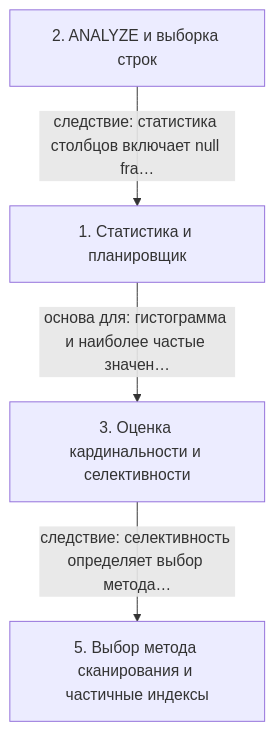
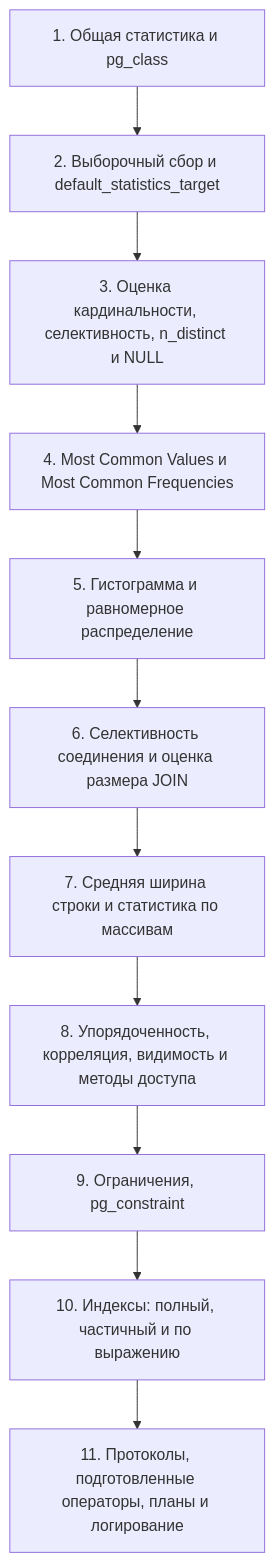
Before and after one commit to AsoloCode/notes: the diagram in postgres-qpt/12 - QPT-16. 11. Базовая статистика/notes.md, drawn with Mermaid. The commit also changed other lines of this file and 503 other files, not shown here.

First line of the commit message:
Обновить конспекты PostgreSQL (QPT-16, DEV1-16): слайды, схемы, факт-чек

````diff
--- a/postgres-qpt/12 - QPT-16. 11. Базовая статистика/notes.md
+++ b/postgres-qpt/12 - QPT-16. 11. Базовая статистика/notes.md
@@ -97,10 +386,24 @@
 ```mermaid
 flowchart TD
-    n1["1. Статистика и планировщик"]
-    n2["2. ANALYZE и выборка строк"]
-    n3["3. Оценка кардинальности и селективности"]
-    n5["5. Выбор метода сканирования и частичные индексы"]
-    n2 -->|следствие: статистика столбцов включает null fra…| n1
-    n1 -->|основа для: гистограмма и наиболее частые значен…| n3
-    n3 -->|следствие: селективность определяет выбор метода…| n5
+    n1["1. Общая статистика и pg_class"]
+    n2["2. Выборочный сбор и default_statistics_target"]
+    n3["3. Оценка кардинальности, селективность, n_distinct и NULL"]
+    n4["4. Most Common Values и Most Common Frequencies"]
+    n5["5. Гистограмма и равномерное распределение"]
+    n6["6. Селективность соединения и оценка размера JOIN"]
+    n7["7. Средняя ширина строки и статистика по массивам"]
+    n8["8. Упорядоченность, корреляция, видимость и методы доступа"]
+    n9["9. Ограничения, pg_constraint"]
+    n10["10. Индексы: полный, частичный и по выражению"]
+    n11["11. Протоколы, подготовленные операторы, планы и логирование"]
+    n1 --> n2
+    n2 --> n3
+    n3 --> n4
+    n4 --> n5
+    n5 --> n6
+    n6 --> n7
+    n7 --> n8
+    n8 --> n9
+    n9 --> n10
+    n10 --> n11
 ```
````
